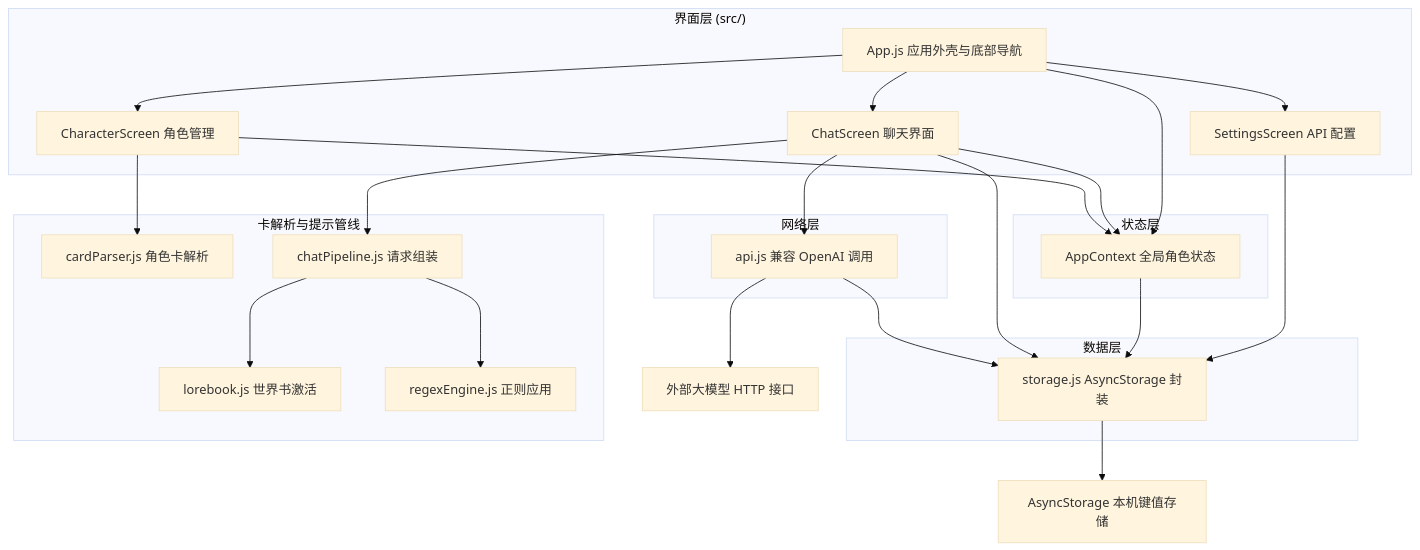
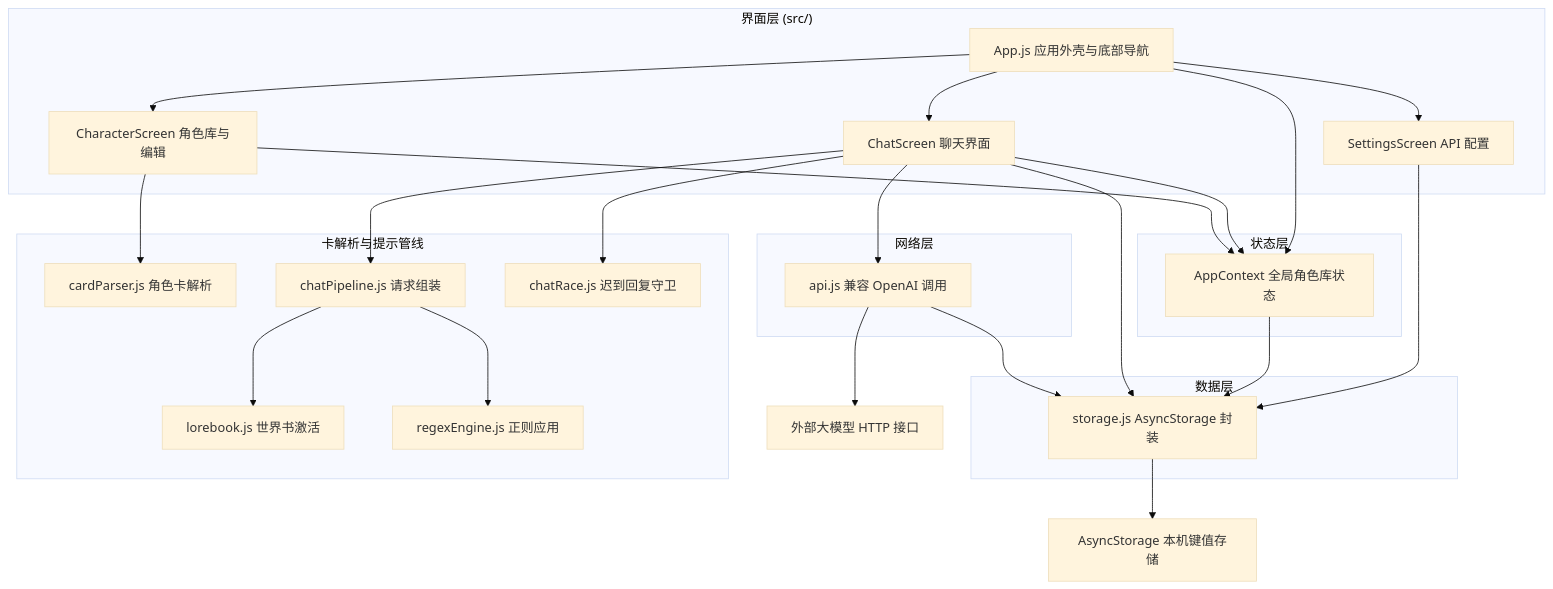
Before and after one commit to pppxxxy/easychat2: the first of 3 diagrams in .monkeycode/docs/ARCHITECTURE.md, drawn with Mermaid (base theme). The commit also changed other lines of this file and 8 other files, not shown here.

````diff
--- a/.monkeycode/docs/ARCHITECTURE.md
+++ b/.monkeycode/docs/ARCHITECTURE.md
@@ -144,44 +146,46 @@
 ```mermaid
 flowchart TB
     subgraph UI["界面层 (src/)"]
         App["App.js 应用外壳与底部导航"]
         Chat["ChatScreen 聊天界面"]
-        Character["CharacterScreen 角色管理"]
+        Character["CharacterScreen 角色库与编辑"]
         Settings["SettingsScreen API 配置"]
     end
     subgraph STATE["状态层"]
-        Context["AppContext 全局角色状态"]
+        Context["AppContext 全局角色库状态"]
     end
     subgraph DATA["数据层"]
         Storage["storage.js AsyncStorage 封装"]
     end
     subgraph PIPE["卡解析与提示管线"]
         Parser["cardParser.js 角色卡解析"]
         Lore["lorebook.js 世界书激活"]
         Regex["regexEngine.js 正则应用"]
         Pipeline["chatPipeline.js 请求组装"]
+        Race["chatRace.js 迟到回复守卫"]
     end
     subgraph NET["网络层"]
         Api["api.js 兼容 OpenAI 调用"]
     end
     Device["AsyncStorage 本机键值存储"]
     LLM["外部大模型 HTTP 接口"]
 
     App --> Chat
     App --> Character
     App --> Settings
     App --> Context
     Chat --> Context
     Character --> Context
     Settings --> Storage
     Context --> Storage
     Chat --> Storage
     Chat --> Pipeline
     Character --> Parser
     Pipeline --> Lore
     Pipeline --> Regex
     Chat --> Api
+    Chat --> Race
     Api --> Storage
     Storage --> Device
     Api --> LLM
 ```
````
